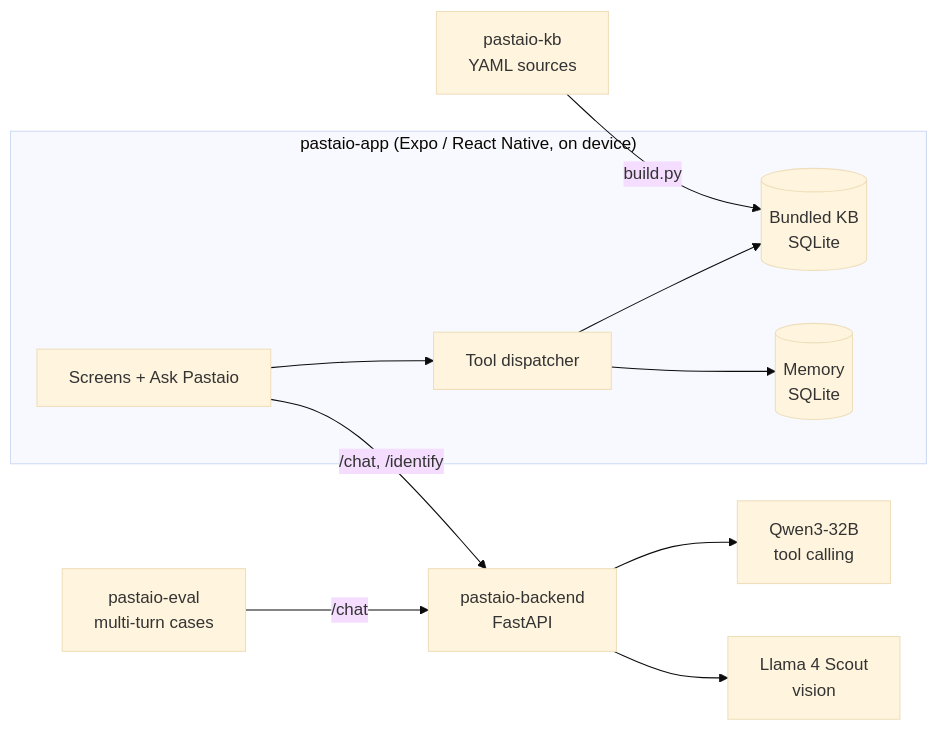
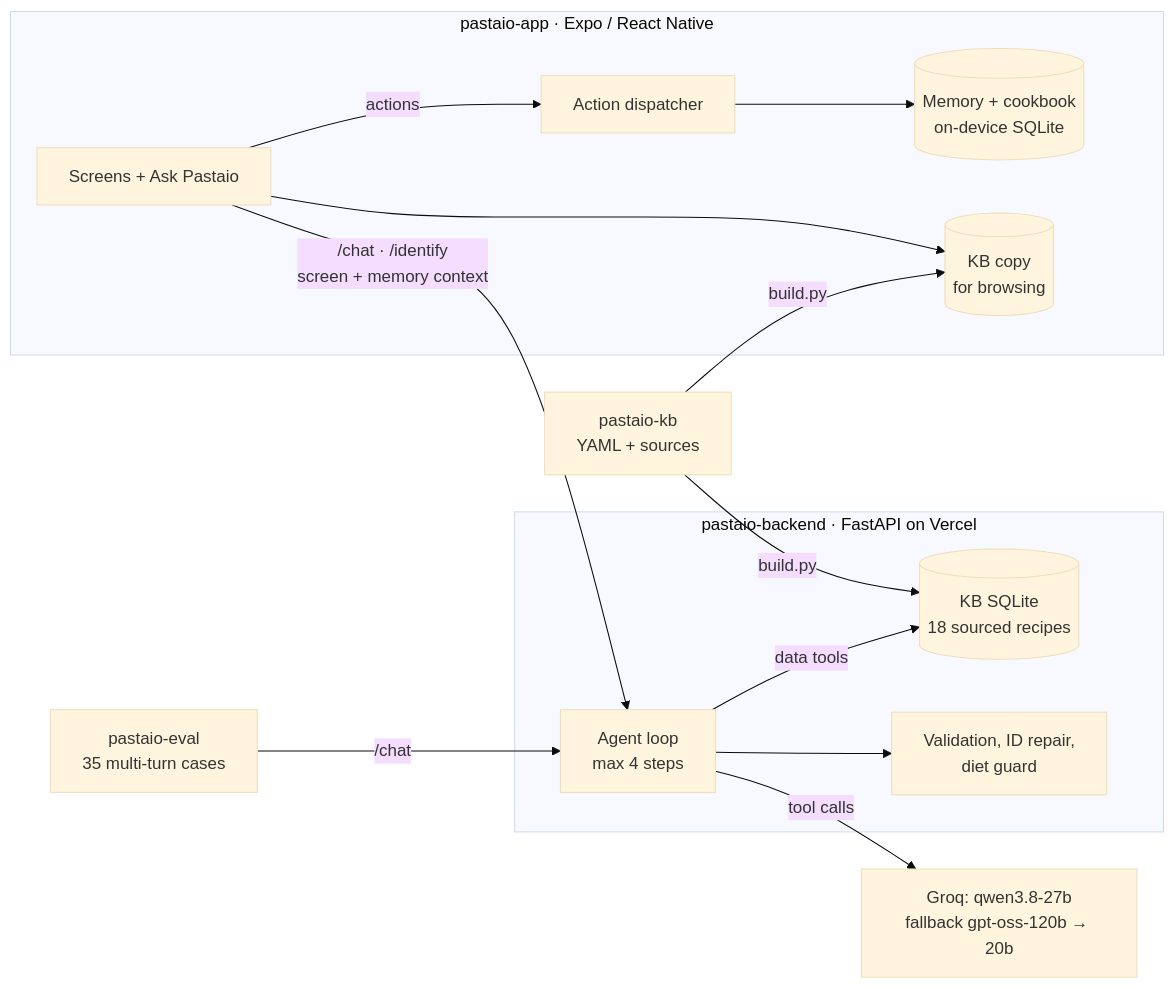
One commit to leventestaub/pastaio changed the diagram in README.md. Above: the diagram before and after it, drawn with Mermaid (base theme). The commit also changed other lines of this file and 1 other file, not shown here.

Commit message:
README: live demo first, architecture as built, guarantees linked to tests, design decisions, limitations and roadmap

````diff
--- a/README.md
+++ b/README.md
@@ -26,13 +30,17 @@
 ```mermaid
 flowchart LR
-  subgraph App["pastaio-app (Expo / React Native, on device)"]
-    UI[Screens + Ask Pastaio] --> DISP[Tool dispatcher]
-    DISP --> KB[(Bundled KB<br/>SQLite)]
-    DISP --> MEM[(Memory<br/>SQLite)]
+  subgraph App["pastaio-app · Expo / React Native"]
+    UI[Screens + Ask Pastaio] -- actions --> DISP[Action dispatcher]
+    DISP --> MEM[(Memory + cookbook<br/>on-device SQLite)]
+    UI --> KBA[(KB copy<br/>for browsing)]
   end
-  UI -- /chat, /identify --> BE[pastaio-backend<br/>FastAPI]
-  BE --> LLM[Qwen3-32B<br/>tool calling]
-  BE --> VLM[Llama 4 Scout<br/>vision]
-  YAML[pastaio-kb<br/>YAML sources] -- build.py --> KB
-  EVAL[pastaio-eval<br/>multi-turn cases] -- /chat --> BE
+  UI -- "/chat · /identify<br/>screen + memory context" --> API
+  subgraph BE["pastaio-backend · FastAPI on Vercel"]
+    API[Agent loop<br/>max 4 steps] -- data tools --> KB[(KB SQLite<br/>18 sourced recipes)]
+    API --> GUARD[Validation, ID repair,<br/>diet guard]
+  end
+  API -- tool calls --> LLM["Groq: qwen3.8-27b<br/>fallback gpt-oss-120b → 20b"]
+  YAML[pastaio-kb<br/>YAML + sources] -- build.py --> KB
+  YAML -- build.py --> KBA
+  EVAL[pastaio-eval<br/>35 multi-turn cases] -- /chat --> API
 ```
````
